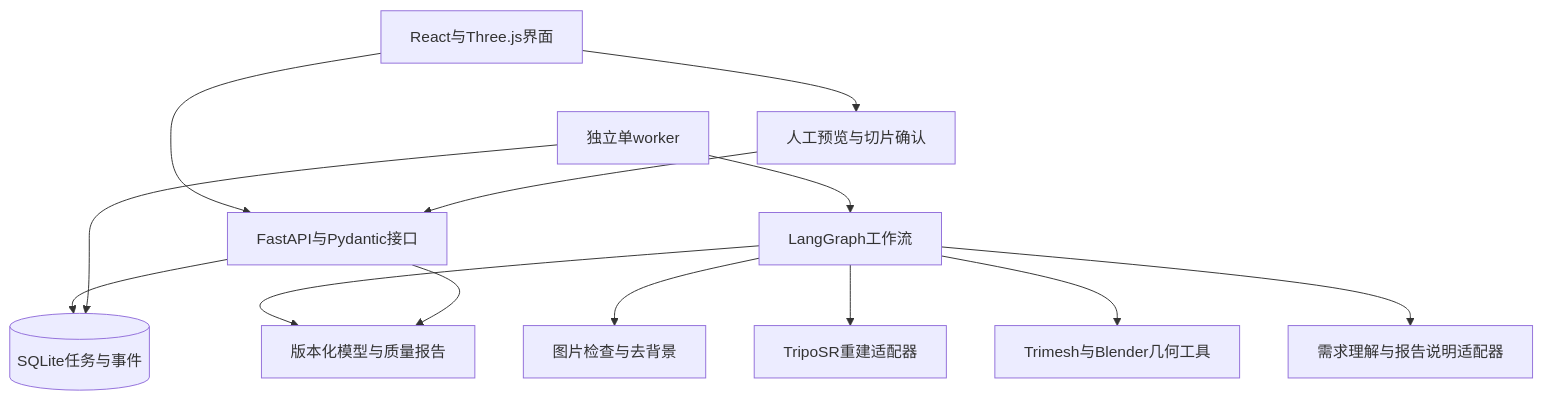
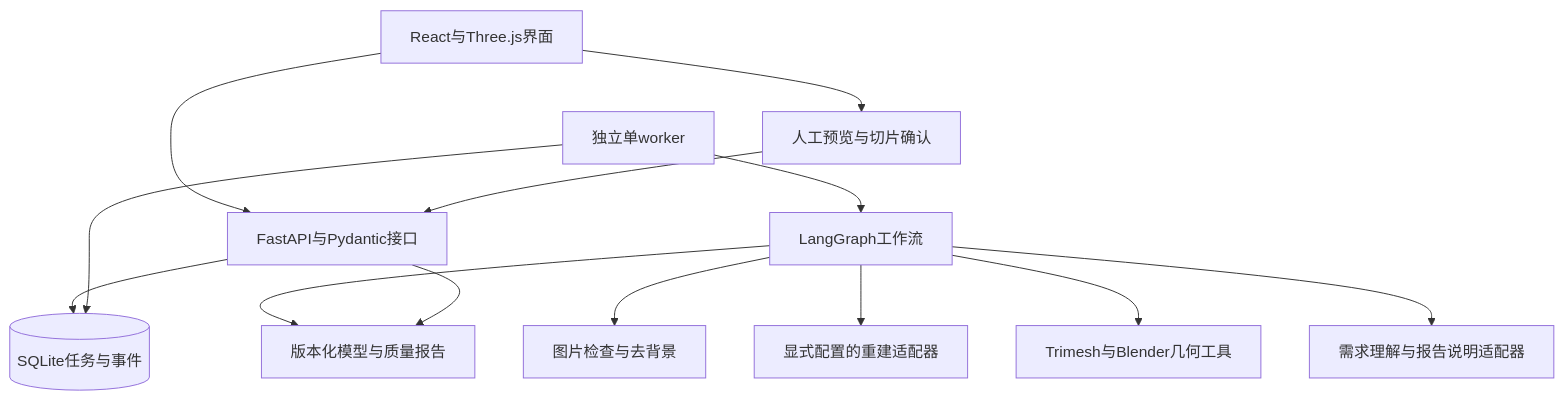
The diagram in doc/架构设计.md (ShawdeanDory/image-to-3d-print-agent), drawn with Mermaid before and after one commit. The commit also changed other lines of this file and 13 other files, not shown here.

````diff
--- a/doc/架构设计.md
+++ b/doc/架构设计.md
@@ -10,15 +10,15 @@
 ```mermaid
 flowchart TD
     UI[React与Three.js界面] --> API[FastAPI与Pydantic接口]
     API --> DB[(SQLite任务与事件)]
     WORKER[独立单worker] --> DB
     WORKER --> GRAPH[LangGraph工作流]
     GRAPH --> IMG[图片检查与去背景]
-    GRAPH --> RECON[TripoSR重建适配器]
+    GRAPH --> RECON[显式配置的重建适配器]
     GRAPH --> GEO[Trimesh与Blender几何工具]
     GRAPH --> LLM[需求理解与报告说明适配器]
     GRAPH --> FILES[版本化模型与质量报告]
     API --> FILES
     UI --> HUMAN[人工预览与切片确认]
     HUMAN --> API
 ```
````
